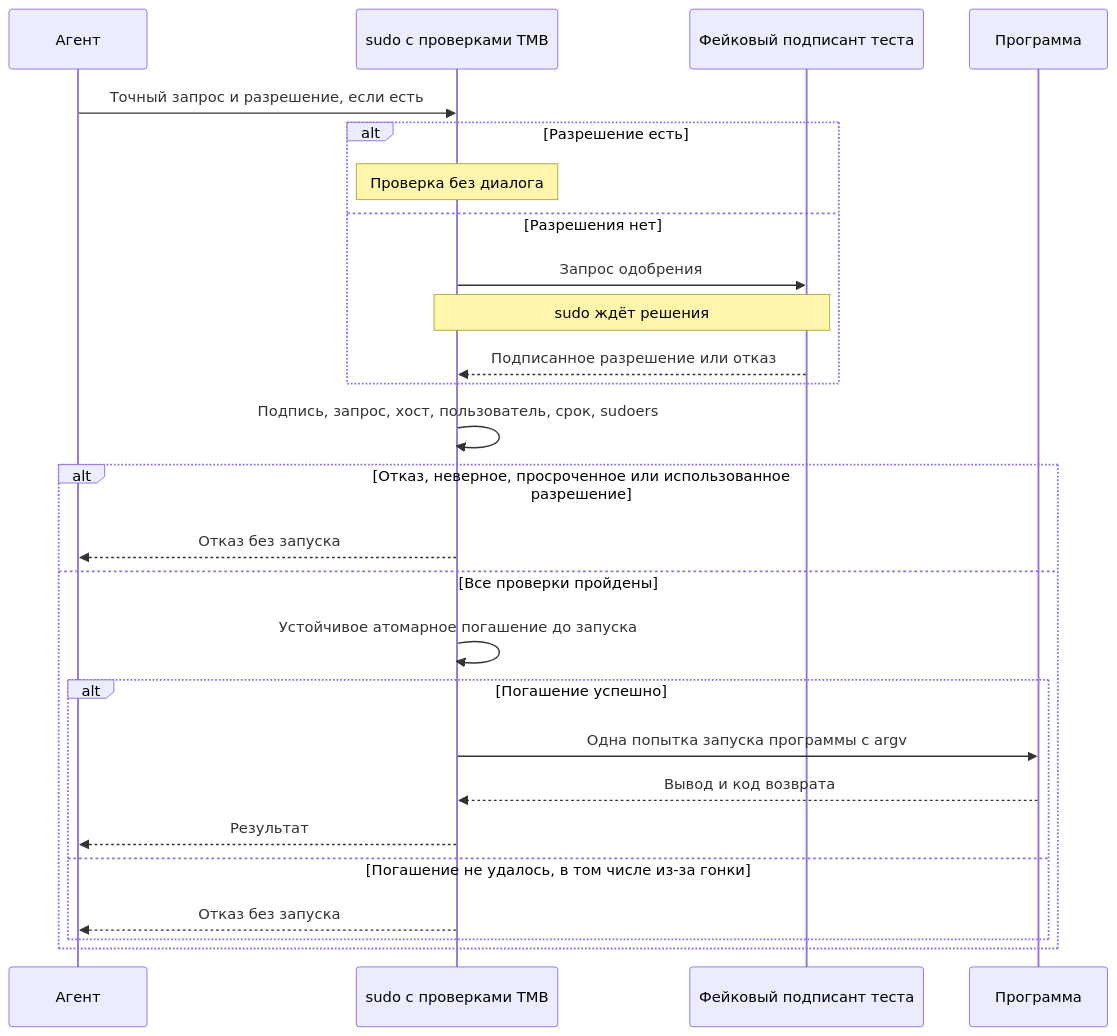
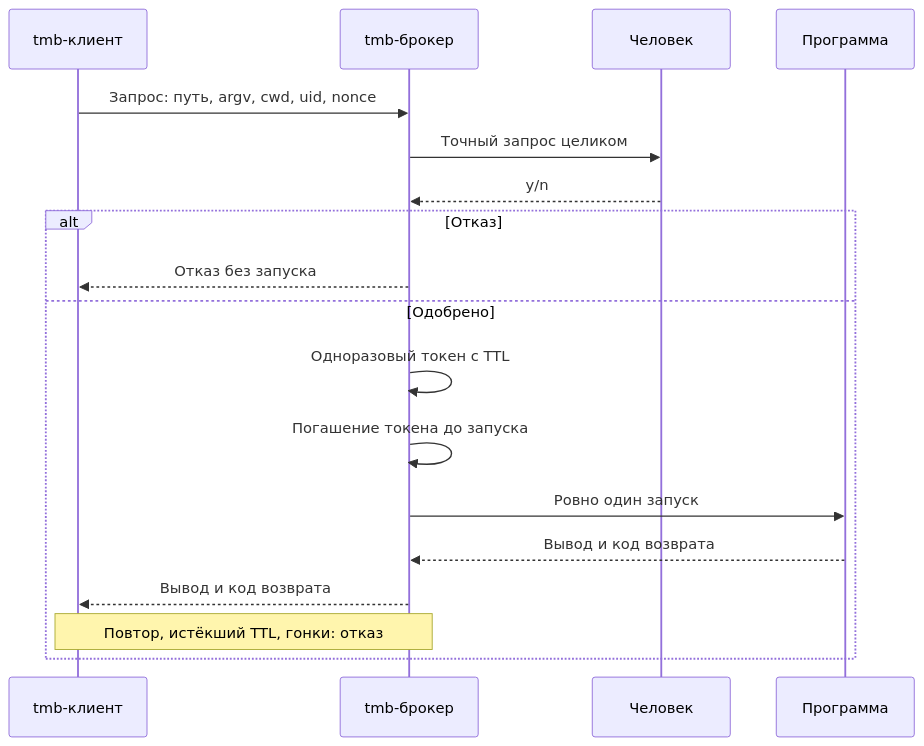
One commit to Vchekryzhov/tmb changed the second of 2 diagrams in README.md. Above: the diagram before and after it, drawn with Mermaid. The commit also changed other lines of this file and 1 other file, not shown here.

Commit message:
README: broker architecture per ADR 0002; grill-results superseded

````diff
--- a/README.md
+++ b/README.md
@@ -56,28 +61,20 @@
 ```mermaid
 sequenceDiagram
-    participant A as Агент
-    participant V as sudo с проверками TMB
-    participant F as Фейковый подписант теста
+    participant C as tmb-клиент
+    participant B as tmb-брокер
+    participant H as Человек
     participant P as Программа
-    A->>V: Точный запрос и разрешение, если есть
-    alt Разрешение есть
-        Note over V: Проверка без диалога
-    else Разрешения нет
-        V->>F: Запрос одобрения
-        Note over V,F: sudo ждёт решения
-        F-->>V: Подписанное разрешение или отказ
-    end
-    V->>V: Подпись, запрос, хост, пользователь, срок, sudoers
-    alt Отказ, неверное, просроченное или использованное разрешение
-        V-->>A: Отказ без запуска
-    else Все проверки пройдены
-        V->>V: Устойчивое атомарное погашение до запуска
-        alt Погашение успешно
-            V->>P: Одна попытка запуска программы с argv
-            P-->>V: Вывод и код возврата
-            V-->>A: Результат
-        else Погашение не удалось, в том числе из-за гонки
-            V-->>A: Отказ без запуска
-        end
+    C->>B: Запрос: путь, argv, cwd, uid, nonce
+    B->>H: Точный запрос целиком
+    H-->>B: y/n
+    alt Отказ
+        B-->>C: Отказ без запуска
+    else Одобрено
+        B->>B: Одноразовый токен с TTL
+        B->>B: Погашение токена до запуска
+        B->>P: Ровно один запуск
+        P-->>B: Вывод и код возврата
+        B-->>C: Вывод и код возврата
+        Note over B,C: Повтор, истёкший TTL, гонки: отказ
     end
 ```
````
